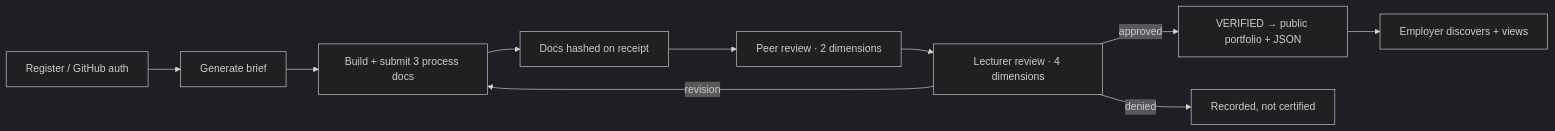
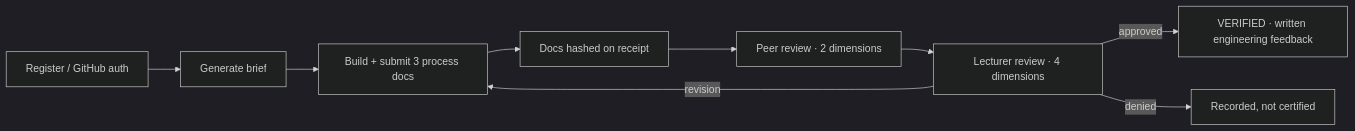
The fourth of 9 diagrams in README.md (JafarHussein/umoja-hub), drawn with Mermaid (dark theme) before and after one commit. The commit also changed other lines of this file and 23 other files, not shown here.

````diff
--- a/README.md
+++ b/README.md
@@ -299,12 +292,11 @@
 ```mermaid
 flowchart LR
   REG[Register / GitHub auth] --> BR[Generate brief]
   BR --> BUILD[Build + submit 3 process docs]
   BUILD --> HASH[Docs hashed on receipt]
   HASH --> PEER[Peer review · 2 dimensions]
   PEER --> LEC[Lecturer review · 4 dimensions]
-  LEC -->|approved| VER[VERIFIED → public portfolio + JSON]
+  LEC -->|approved| VER[VERIFIED · written engineering feedback]
   LEC -->|revision| BUILD
   LEC -->|denied| END[Recorded, not certified]
-  VER --> EMP[Employer discovers + views]
 ```
````
